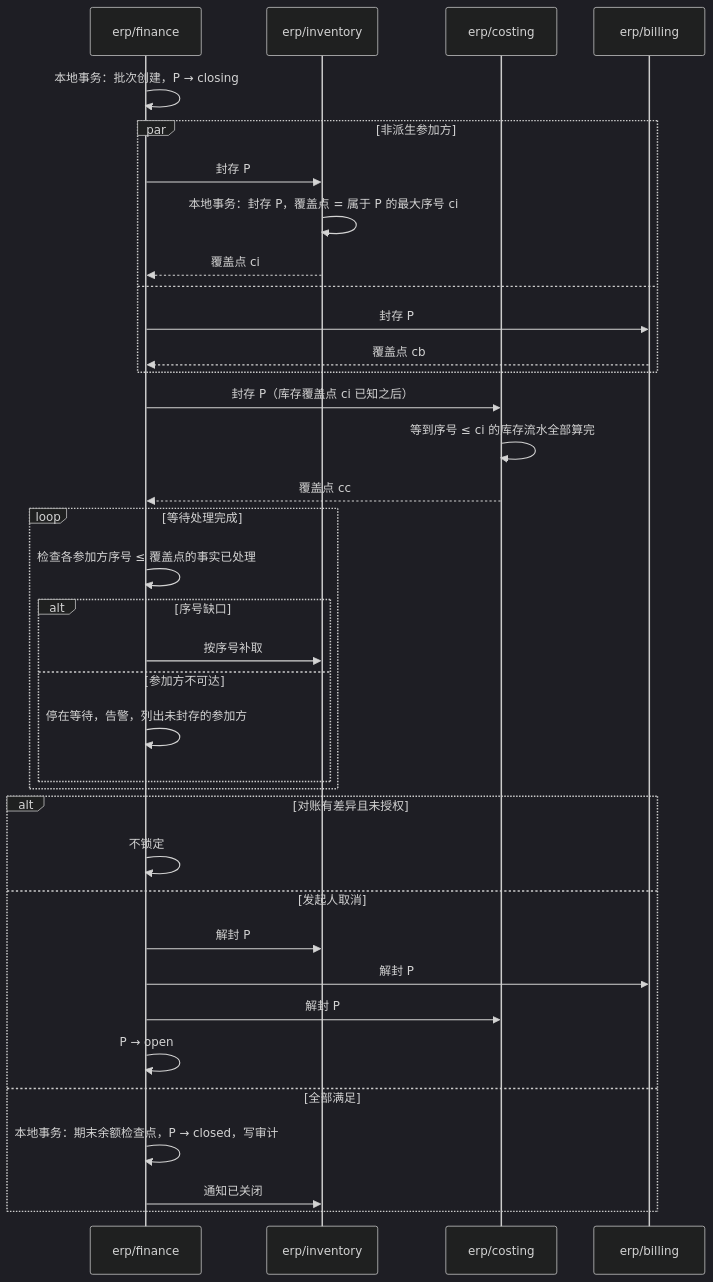
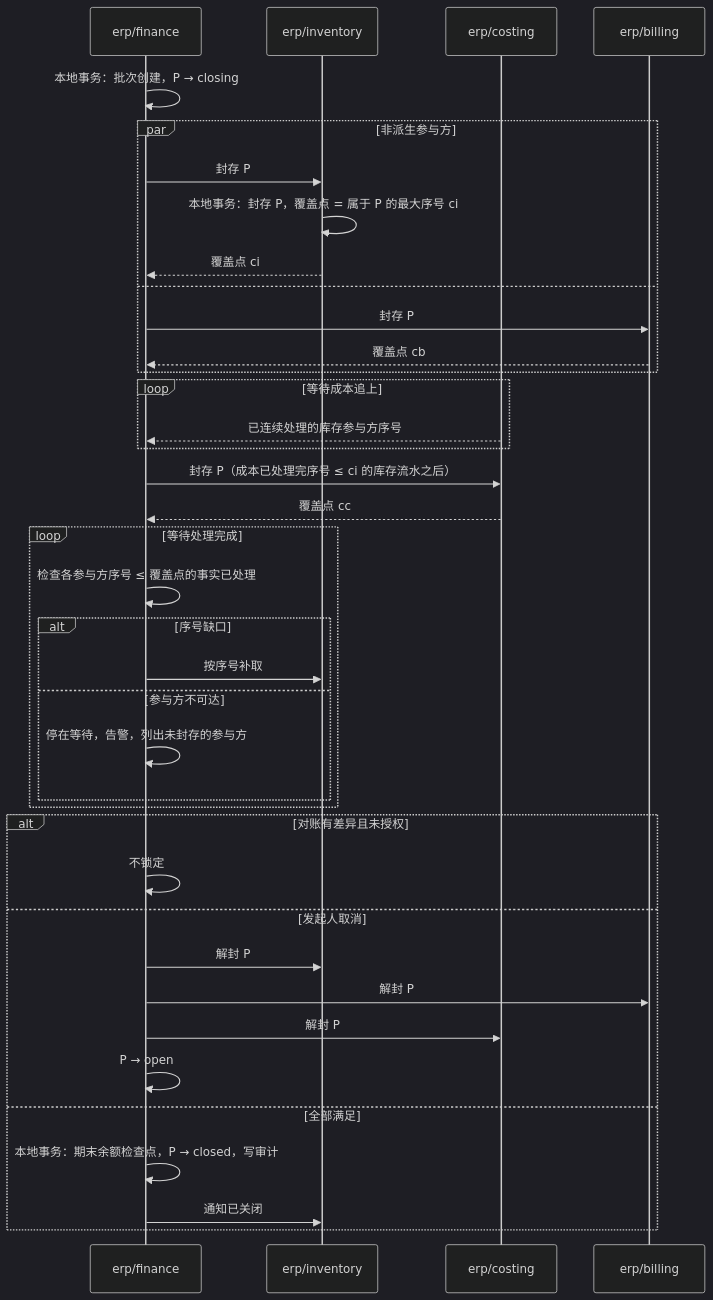
The diagram in tempDocs/final/06-protocols/06-period-close.md (brickKit/be-assembly-standard), drawn with Mermaid (dark theme) before and after one commit. The commit also changed other lines of this file and 12 other files, not shown here.

````diff
--- a/tempDocs/final/06-protocols/06-period-close.md
+++ b/tempDocs/final/06-protocols/06-period-close.md
@@ -59,38 +59,40 @@
 ```mermaid
 sequenceDiagram
     participant F as erp/finance
     participant I as erp/inventory
     participant C as erp/costing
     participant B as erp/billing
     F->>F: 本地事务：批次创建，P → closing
-    par 非派生参加方
+    par 非派生参与方
         F->>I: 封存 P
         I->>I: 本地事务：封存 P，覆盖点 = 属于 P 的最大序号 ci
         I-->>F: 覆盖点 ci
     and
         F->>B: 封存 P
         B-->>F: 覆盖点 cb
     end
-    F->>C: 封存 P（库存覆盖点 ci 已知之后）
-    C->>C: 等到序号 ≤ ci 的库存流水全部算完
+    loop 等待成本追上
+        C-->>F: 已连续处理的库存参与方序号
+    end
+    F->>C: 封存 P（成本已处理完序号 ≤ ci 的库存流水之后）
     C-->>F: 覆盖点 cc
     loop 等待处理完成
-        F->>F: 检查各参加方序号 ≤ 覆盖点的事实已处理
+        F->>F: 检查各参与方序号 ≤ 覆盖点的事实已处理
         alt 序号缺口
             F->>I: 按序号补取
-        else 参加方不可达
-            F->>F: 停在等待，告警，列出未封存的参加方
+        else 参与方不可达
+            F->>F: 停在等待，告警，列出未封存的参与方
         end
     end
     alt 对账有差异且未授权
         F->>F: 不锁定
     else 发起人取消
         F->>I: 解封 P
         F->>B: 解封 P
         F->>C: 解封 P
         F->>F: P → open
     else 全部满足
         F->>F: 本地事务：期末余额检查点，P → closed，写审计
         F->>I: 通知已关闭
     end
 ```
````
